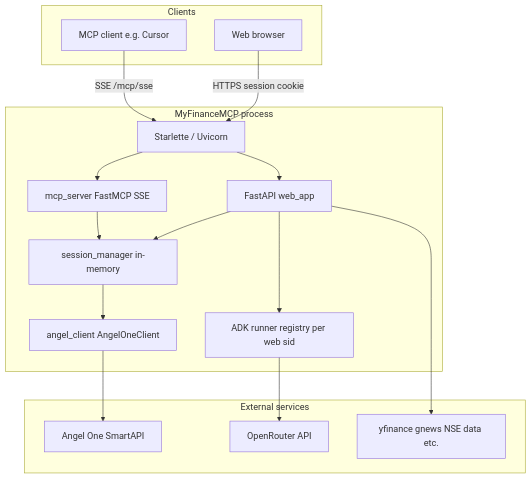
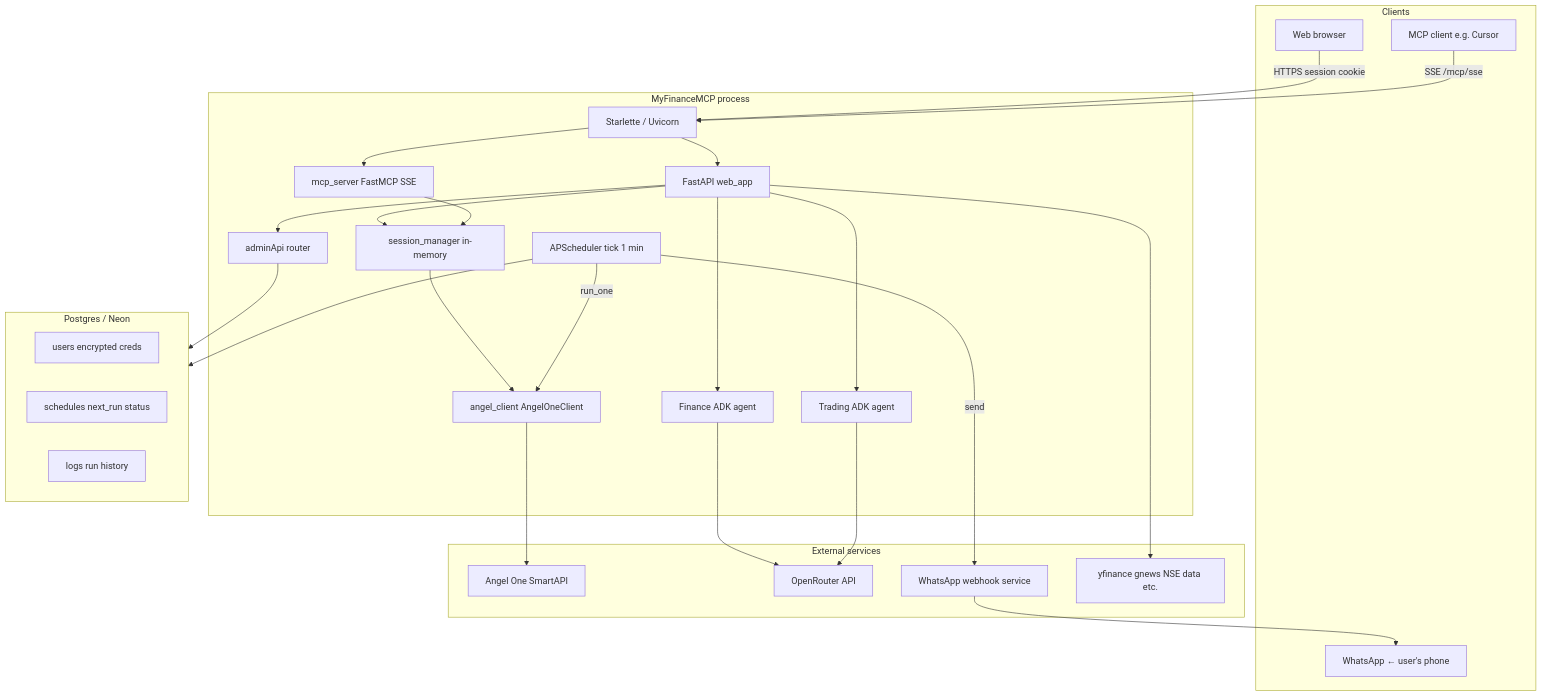
One commit to raghav18482/MyFinancesMCP changed the diagram in README.md. Above: the diagram before and after it, drawn with Mermaid. The commit also changed other lines of this file, not shown here.

````diff
--- a/README.md
+++ b/README.md
@@ -33,34 +72,53 @@
 ```mermaid
 flowchart TB
   subgraph clients [Clients]
     Browser[Web browser]
     MCPClient[MCP client e.g. Cursor]
+    WhatsApp[WhatsApp ← user's phone]
   end
 
   subgraph server [MyFinanceMCP process]
     Starlette[Starlette / Uvicorn]
     Web[FastAPI web_app]
     MCP[mcp_server FastMCP SSE]
+    Admin[adminApi router]
     SM[session_manager in-memory]
-    ADK[ADK runner registry per web sid]
+    FinanceADK[Finance ADK agent]
+    TradingADK[Trading ADK agent]
+    Scheduler[APScheduler tick 1 min]
     AngelWrap[angel_client AngelOneClient]
+  end
+
+  subgraph db [Postgres / Neon]
+    Users[users encrypted creds]
+    Schedules[schedules next_run status]
+    Logs[logs run history]
   end
 
   subgraph external [External services]
     AngelAPI[Angel One SmartAPI]
     OR[OpenRouter API]
+    WAHook[WhatsApp webhook service]
     Other[yfinance gnews NSE data etc.]
   end
 
   Browser -->|HTTPS session cookie| Starlette
   MCPClient -->|SSE /mcp/sse| Starlette
   Starlette --> Web
   Starlette --> MCP
+  Web --> Admin
   Web --> SM
-  Web --> ADK
+  Web --> FinanceADK
+  Web --> TradingADK
   MCP --> SM
   SM --> AngelWrap
   AngelWrap --> AngelAPI
-  ADK --> OR
+  FinanceADK --> OR
+  TradingADK --> OR
   Web --> Other
+  Admin --> db
+  Scheduler --> db
+  Scheduler -->|run_one| AngelWrap
+  Scheduler -->|send| WAHook
+  WAHook --> WhatsApp
 ```
````
